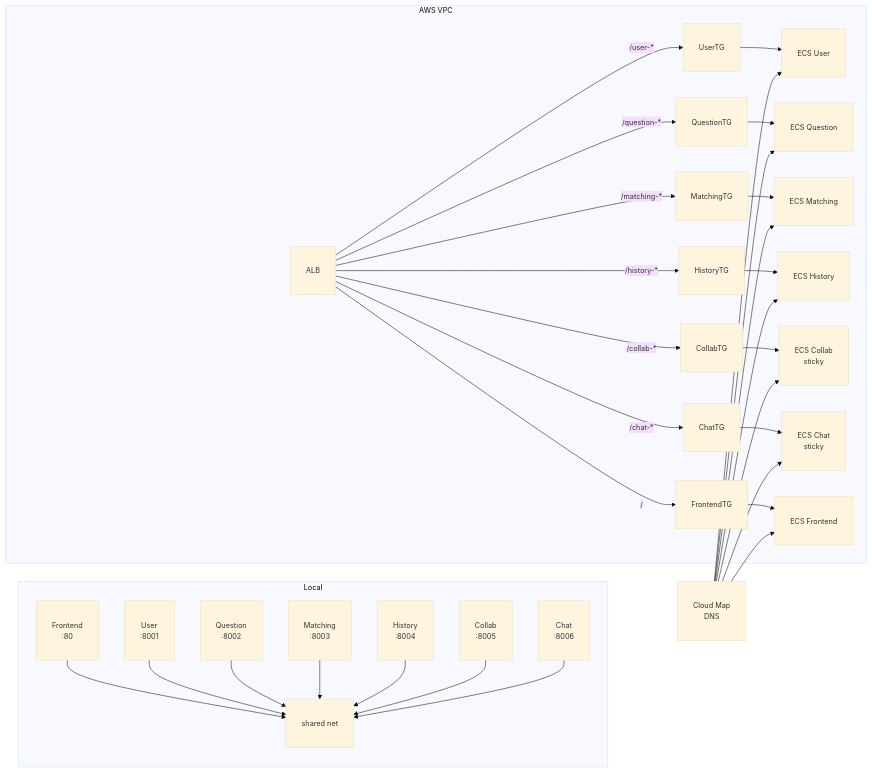
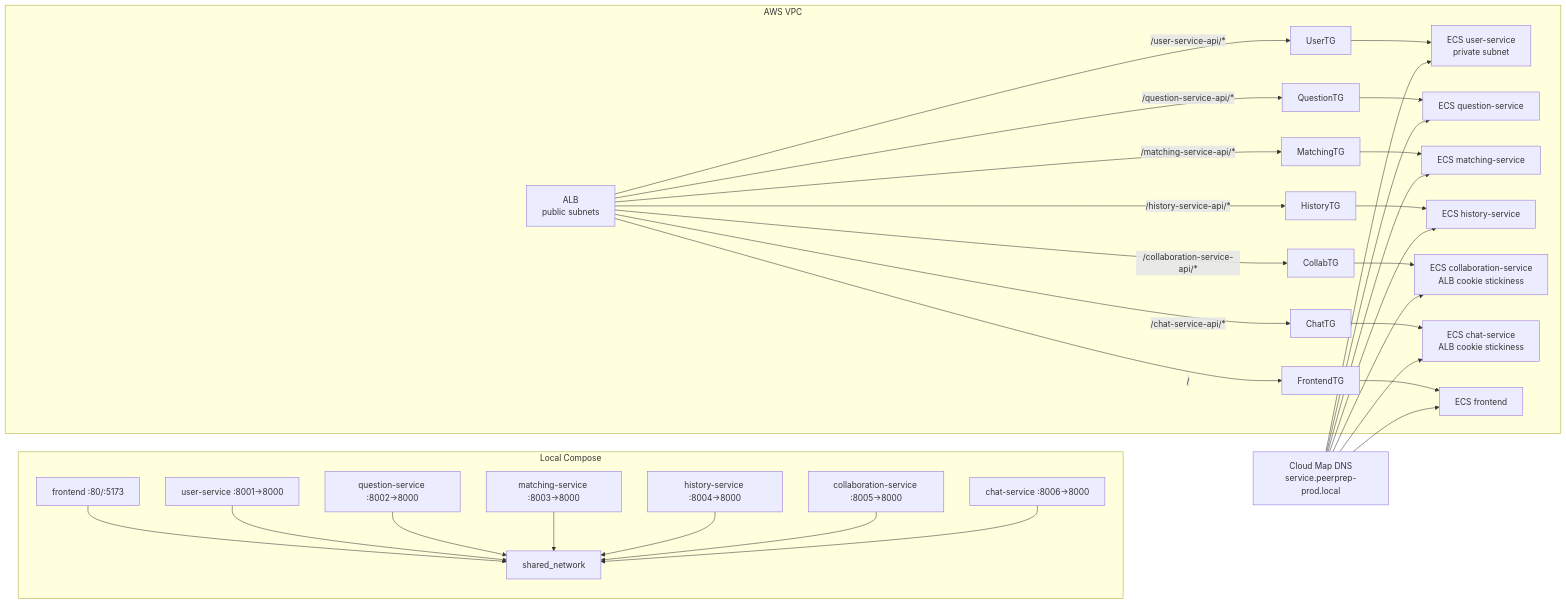
The sixth of 8 diagrams in docs/p1_deploy.md (JoanneHing/cs3219-ay2526s1-project-g19), drawn with Mermaid before and after one commit. The commit also changed other lines of this file, not shown here.

````diff
--- a/docs/p1_deploy.md
+++ b/docs/p1_deploy.md
@@ -192,42 +289,75 @@
 ```mermaid
-%%{init: {'theme':'base', 'themeVariables': {'fontSize':'14px'}}}%%
+
 graph LR
-  subgraph LocalCompose["Local"]
-    FrontendC["Frontend<br/>:80"] --> SharedNet["shared net"]
-    UserC["User<br/>:8001"] --> SharedNet
-    QuestionC["Question<br/>:8002"] --> SharedNet
-    MatchingC["Matching<br/>:8003"] --> SharedNet
-    HistoryC["History<br/>:8004"] --> SharedNet
-    CollabC["Collab<br/>:8005"] --> SharedNet
-    ChatC["Chat<br/>:8006"] --> SharedNet
-  end
 
-  subgraph AWSVPC["AWS VPC"]
-    ALB2["ALB"] -->|"/user-*"| UserTG
-    ALB2 -->|"/question-*"| QuestionTG
-    ALB2 -->|"/matching-*"| MatchingTG
-    ALB2 -->|"/history-*"| HistoryTG
-    ALB2 -->|"/collab-*"| CollabTG
-    ALB2 -->|"/chat-*"| ChatTG
-    ALB2 -->|"/"| FrontendTG
+subgraph LocalCompose["Local Compose"]
 
-    UserTG --> UserTask["ECS User"]
-    QuestionTG --> QuestionTask["ECS Question"]
-    MatchingTG --> MatchingTask["ECS Matching"]
-    HistoryTG --> HistoryTask["ECS History"]
-    CollabTG --> CollabTask["ECS Collab<br/>sticky"]
-    ChatTG --> ChatTask["ECS Chat<br/>sticky"]
-    FrontendTG --> FrontendTask["ECS Frontend"]
-  end
+FrontendC["frontend :80/:5173"] --> SharedNet["shared_network"]
 
-  CloudMap["Cloud Map<br/>DNS"] --> UserTask
-  CloudMap --> QuestionTask
-  CloudMap --> MatchingTask
-  CloudMap --> HistoryTask
-  CloudMap --> CollabTask
-  CloudMap --> ChatTask
-  CloudMap --> FrontendTask
+UserC["user-service :8001→8000"] --> SharedNet
 
-  classDef wider padding:10px
-  class FrontendC,UserC,QuestionC,MatchingC,HistoryC,CollabC,ChatC,SharedNet,ALB2,UserTG,QuestionTG,MatchingTG,HistoryTG,CollabTG,ChatTG,FrontendTG,UserTask,QuestionTask,MatchingTask,HistoryTask,CollabTask,ChatTask,FrontendTask,CloudMap wider
+QuestionC["question-service :8002→8000"] --> SharedNet
+
+MatchingC["matching-service :8003→8000"] --> SharedNet
+
+HistoryC["history-service :8004→8000"] --> SharedNet
+
+CollabC["collaboration-service :8005→8000"] --> SharedNet
+
+ChatC["chat-service :8006→8000"] --> SharedNet
+
+end
+
+  
+
+subgraph AWSVPC["AWS VPC"]
+
+ALB2["ALB<br/>public subnets"] -->|"/user-service-api/*"| UserTG
+
+ALB2 -->|"/question-service-api/*"| QuestionTG
+
+ALB2 -->|"/matching-service-api/*"| MatchingTG
+
+ALB2 -->|"/history-service-api/*"| HistoryTG
+
+ALB2 -->|"/collaboration-service-api/*"| CollabTG
+
+ALB2 -->|"/chat-service-api/*"| ChatTG
+
+ALB2 -->|"/"| FrontendTG
+
+  
+
+UserTG --> UserTask["ECS user-service<br/>private subnet"]
+
+QuestionTG --> QuestionTask["ECS question-service"]
+
+MatchingTG --> MatchingTask["ECS matching-service"]
+
+HistoryTG --> HistoryTask["ECS history-service"]
+
+CollabTG --> CollabTask["ECS collaboration-service<br/>ALB cookie stickiness"]
+
+ChatTG --> ChatTask["ECS chat-service<br/>ALB cookie stickiness"]
+
+FrontendTG --> FrontendTask["ECS frontend"]
+
+end
+
+  
+
+CloudMap["Cloud Map DNS<br/>service.peerprep-prod.local"] --> UserTask
+
+CloudMap --> QuestionTask
+
+CloudMap --> MatchingTask
+
+CloudMap --> HistoryTask
+
+CloudMap --> CollabTask
+
+CloudMap --> ChatTask
+
+CloudMap --> FrontendTask
+
 ```
````
